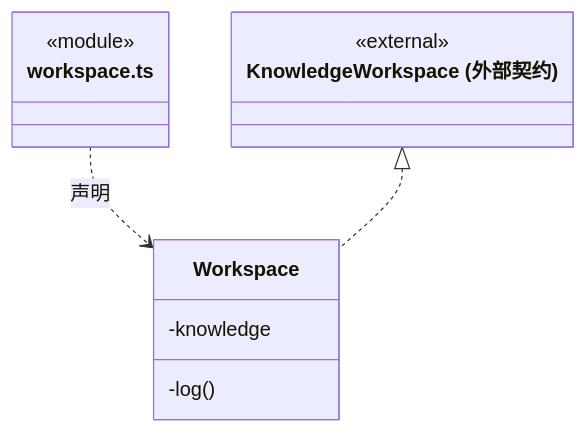
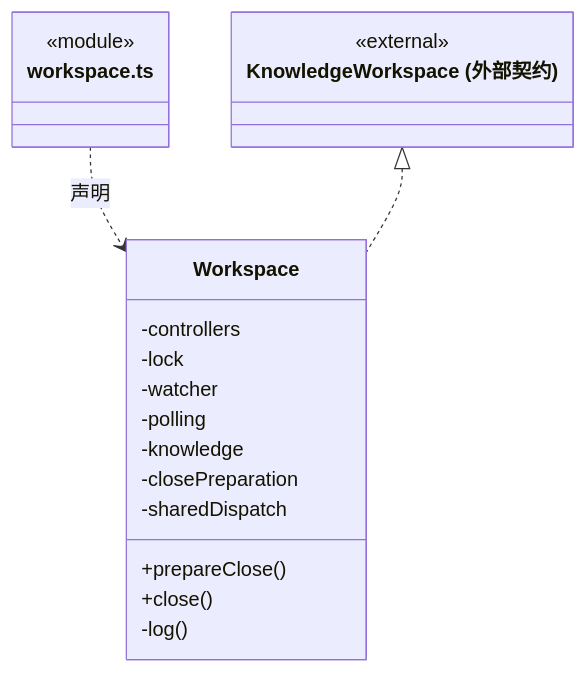
One commit to nan023062/cbim changed diagram 12 of 15 in src/backend/main/workspace/ARCHITECTURE.md. Above: the diagram before and after it, drawn with Mermaid. The commit also changed other lines of this file and 97 other files, not shown here.

````diff
--- a/src/backend/main/workspace/ARCHITECTURE.md
+++ b/src/backend/main/workspace/ARCHITECTURE.md
@@ -263,15 +313,23 @@
 ```mermaid
 classDiagram
 class N_src_backend_main_workspace_workspace_ts["workspace.ts"] {
   <<module>>
 }
 class N_src_backend_main_workspace_workspace_ts_Workspace["Workspace"] {
+  +prepareClose()
+  +close()
+  -controllers
+  -lock
+  -watcher
+  -polling
   -knowledge
+  -closePreparation
+  -sharedDispatch
   -log()
 }
 N_src_backend_main_workspace_workspace_ts ..> N_src_backend_main_workspace_workspace_ts_Workspace : 声明
 class N_src_backend_main_workspace_workspace_ts_external_KnowledgeWorkspace["KnowledgeWorkspace (外部契约)"] {
   <<external>>
 }
 N_src_backend_main_workspace_workspace_ts_external_KnowledgeWorkspace <|.. N_src_backend_main_workspace_workspace_ts_Workspace
 ```
````
